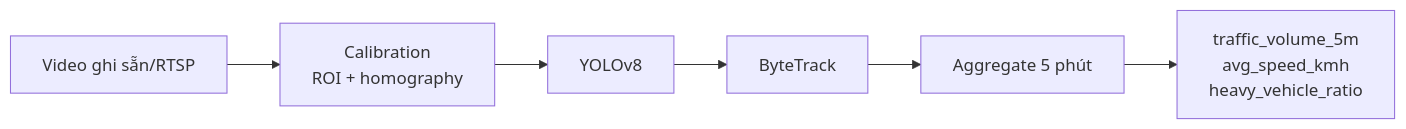
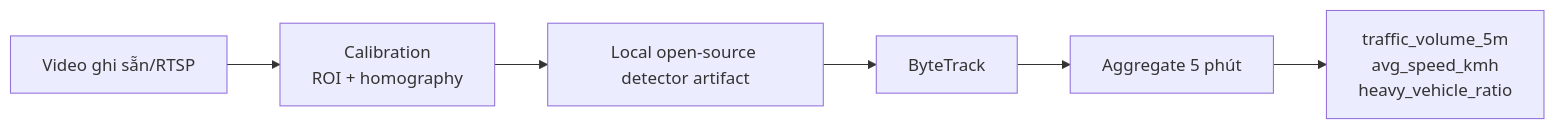
The diagram in docs/01_System_Architecture_Data_Pipeline.md (ukulevi/traffic-agent-assistant), drawn with Mermaid before and after one commit. The commit also changed other lines of this file and 226 other files, not shown here.

Commit message:
refactor(infra): organize codebase directories, fix cross-imports, and promote baseline YOLOv8s as primary official MVP detector

````diff
--- a/docs/01_System_Architecture_Data_Pipeline.md
+++ b/docs/01_System_Architecture_Data_Pipeline.md
@@ -29,8 +29,8 @@
 ```mermaid
 flowchart LR
     CAM["Video ghi sẵn/RTSP"] --> CAL["Calibration\nROI + homography"]
-    CAL --> DET["YOLOv8"]
+    CAL --> DET["Local open-source detector artifact"]
     DET --> TRACK["ByteTrack"]
     TRACK --> AGG["Aggregate 5 phút"]
     AGG --> OUT["traffic_volume_5m\navg_speed_kmh\nheavy_vehicle_ratio"]
 ```
````
